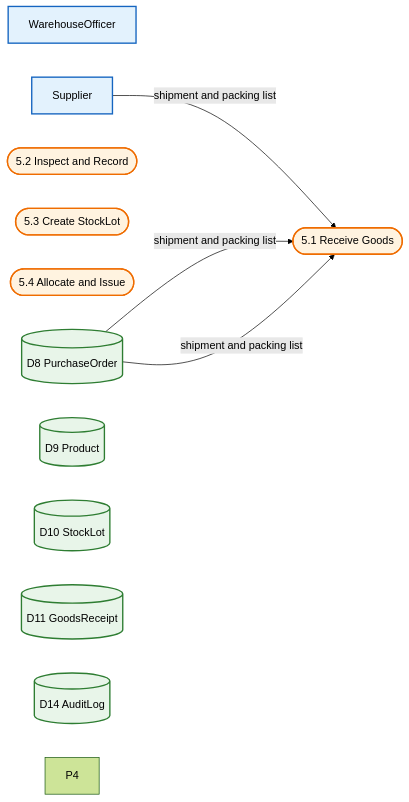
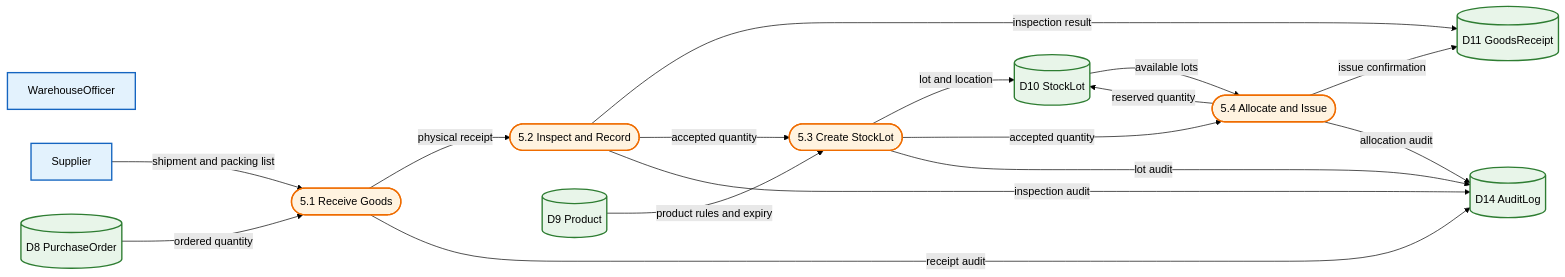
The seventh of 59 diagrams in docs/02_architecture/ARCH_integrated-hr-finance-procurement-model_v1.md (Shakour-Data/BedaanWaves), drawn with Mermaid (forest theme) before and after one commit. The commit also changed other lines of this file and 23 other files, not shown here.

````diff
--- a/docs/02_architecture/ARCH_integrated-hr-finance-procurement-model_v1.md
+++ b/docs/02_architecture/ARCH_integrated-hr-finance-procurement-model_v1.md
@@ -487,26 +344,32 @@
 ```mermaid
 flowchart LR
 classDef entity fill:#E3F2FD,stroke:#1565C0,stroke-width:2px,color:#000;
 classDef process fill:#FFF3E0,stroke:#EF6C00,stroke-width:2px,color:#000;
 classDef store fill:#E8F5E9,stroke:#2E7D32,stroke-width:2px,color:#000;
 WH[WarehouseOfficer]:::entity
 SUP[Supplier]:::entity
 P51([5.1 Receive Goods]):::process
 P52([5.2 Inspect and Record]):::process
 P53([5.3 Create StockLot]):::process
 P54([5.4 Allocate and Issue]):::process
 D8[(D8 PurchaseOrder)]:::store
 D9[(D9 Product)]:::store
 D10[(D10 StockLot)]:::store
 D11[(D11 GoodsReceipt)]:::store
 D14[(D14 AuditLog)]:::store
 SUP -->|shipment and packing list| P51
-D8 -->|shipment and packing list| P51
-D8 -->|shipment and packing list| P51
-P53
-D14
-P54
-P54
-P4
-P54
+D8 -->|ordered quantity| P51
+P51 -->|physical receipt| P52
+P52 -->|inspection result| D11
+P52 -->|accepted quantity| P53
+D9 -->|product rules and expiry| P53
+P53 -->|lot and location| D10
+D10 -->|available lots| P54
+P53 -->|accepted quantity| P54
+P54 -->|reserved quantity| D10
+P54 -->|issue confirmation| D11
+P51 -->|receipt audit| D14
+P52 -->|inspection audit| D14
+P53 -->|lot audit| D14
+P54 -->|allocation audit| D14
 ```
````
